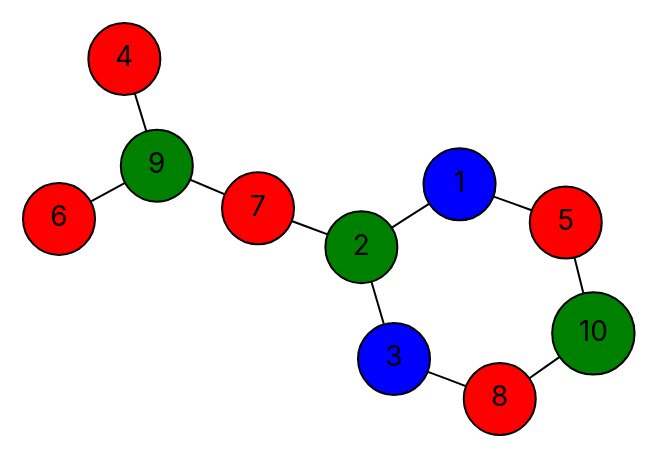
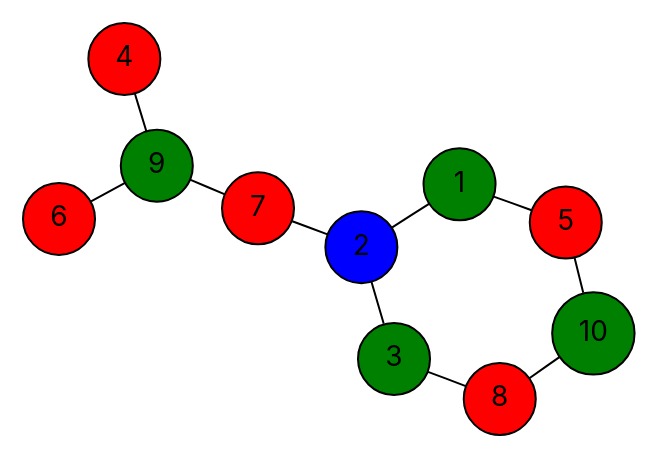
Before and after one commit to vercah/vertex-coloring: the diagram in data/final-dots/ex-01-parallel.dot, drawn with Graphviz. The commit also changed 109 other files, not shown here.

```diff
--- a/data/final-dots/ex-01-parallel.dot
+++ b/data/final-dots/ex-01-parallel.dot
@@ -1,26 +1,26 @@
 graph G {
   layout=neato;
   overlap=false;
   splines=true;
   node [shape=circle, style=filled, fontname=Inter];
-  1 [label="1", fillcolor="blue", tooltip="v1 color 2"];
-  2 [label="2", fillcolor="green", tooltip="v2 color 1"];
-  3 [label="3", fillcolor="blue", tooltip="v3 color 2"];
+  1 [label="1", fillcolor="green", tooltip="v1 color 1"];
+  2 [label="2", fillcolor="blue", tooltip="v2 color 2"];
+  3 [label="3", fillcolor="green", tooltip="v3 color 1"];
   4 [label="4", fillcolor="red", tooltip="v4 color 0"];
   5 [label="5", fillcolor="red", tooltip="v5 color 0"];
   6 [label="6", fillcolor="red", tooltip="v6 color 0"];
   7 [label="7", fillcolor="red", tooltip="v7 color 0"];
   8 [label="8", fillcolor="red", tooltip="v8 color 0"];
   9 [label="9", fillcolor="green", tooltip="v9 color 1"];
   10 [label="10", fillcolor="green", tooltip="v10 color 1"];
   1 -- 2;
   1 -- 5;
   2 -- 3;
   2 -- 7;
   3 -- 8;
   4 -- 9;
   5 -- 10;
   6 -- 9;
   7 -- 9;
   8 -- 10;
 }
```
